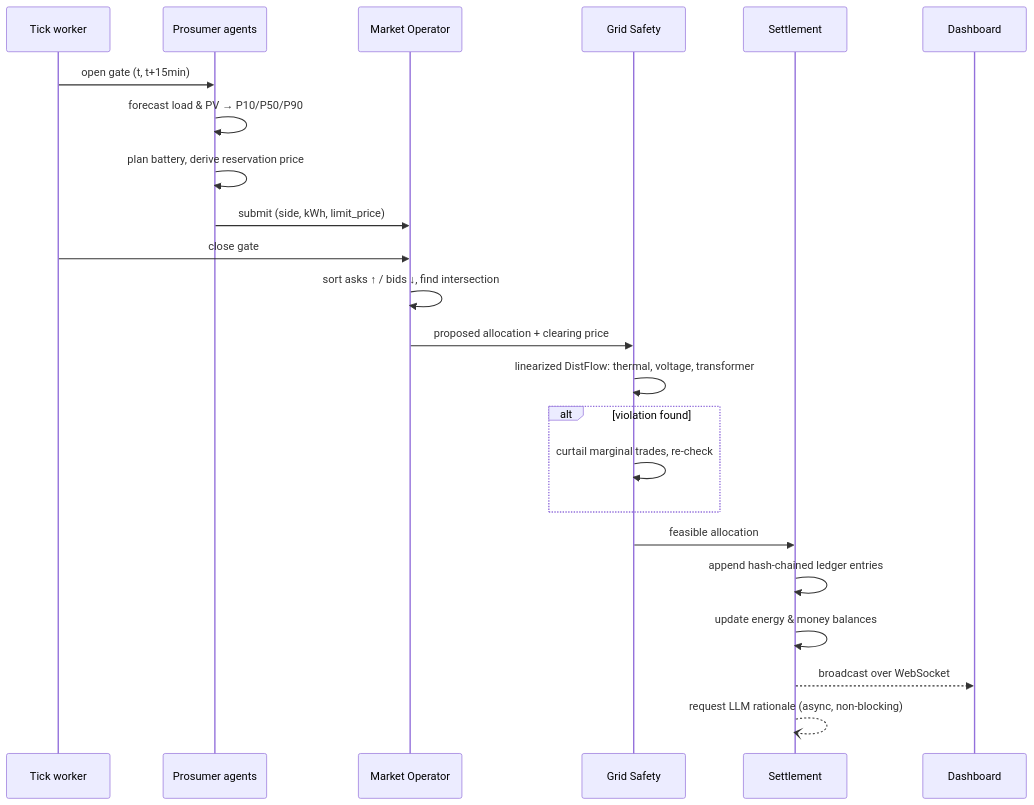
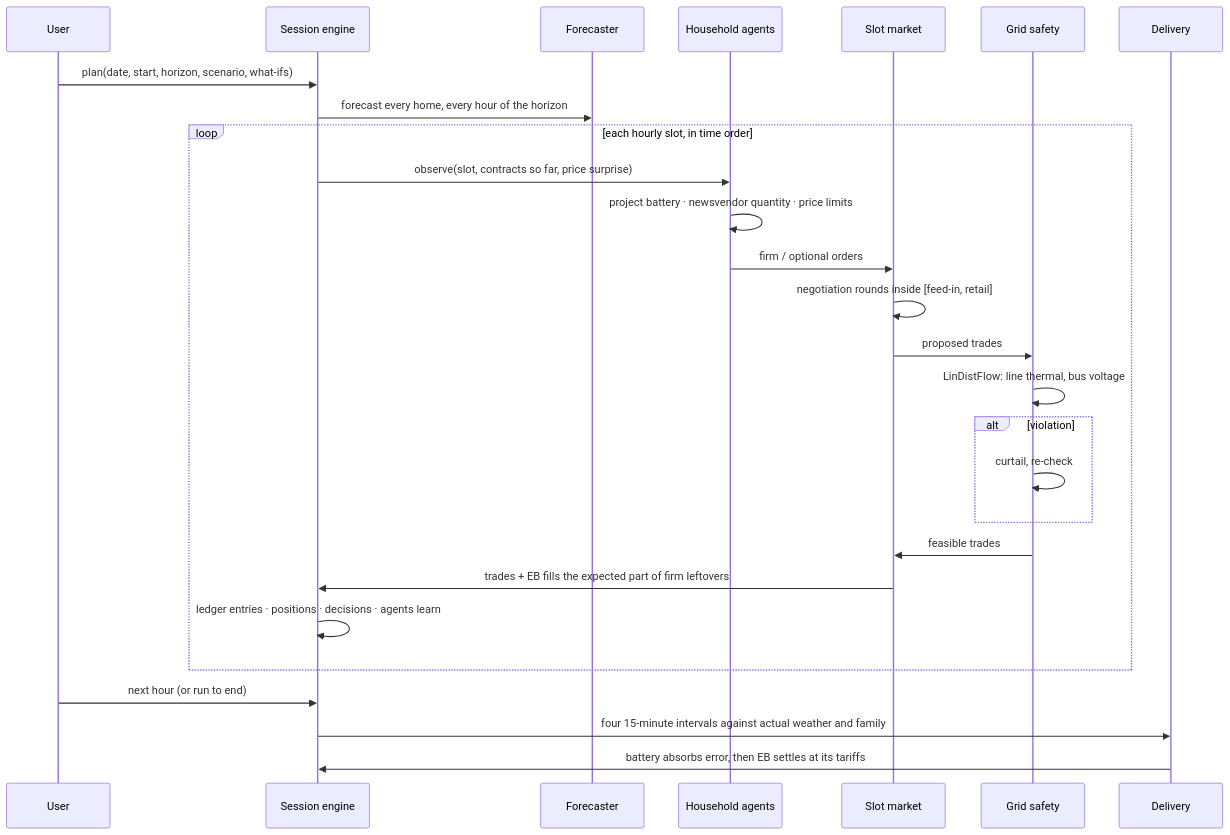
One commit to harish20044/Energy-Transfer changed the second of 2 diagrams in docs/architecture.md. Above: the diagram before and after it, drawn with Mermaid. The commit also changed other lines of this file and 7 other files, not shown here.

First line of the commit message:
docs: ADRs 0007-0011 and an architecture that matches the code

````diff
--- a/docs/architecture.md
+++ b/docs/architecture.md
@@ -66,26 +68,30 @@
 ```mermaid
 sequenceDiagram
-    participant W as Tick worker
-    participant A as Prosumer agents
-    participant M as Market Operator
-    participant G as Grid Safety
-    participant S as Settlement
-    participant D as Dashboard
+    participant U as User
+    participant E as Session engine
+    participant F as Forecaster
+    participant A as Household agents
+    participant M as Slot market
+    participant G as Grid safety
+    participant D as Delivery
 
-    W->>A: open gate (t, t+15min)
-    A->>A: forecast load & PV → P10/P50/P90
-    A->>A: plan battery, derive reservation price
-    A->>M: submit (side, kWh, limit_price)
-    W->>M: close gate
-    M->>M: sort asks ↑ / bids ↓, find intersection
-    M->>G: proposed allocation + clearing price
-    G->>G: linearized DistFlow: thermal, voltage, transformer
-    alt violation found
-        G->>G: curtail marginal trades, re-check
+    U->>E: plan(date, start, horizon, scenario, what-ifs)
+    E->>F: forecast every home, every hour of the horizon
+    loop each hourly slot, in time order
+        E->>A: observe(slot, contracts so far, price surprise)
+        A->>A: project battery · newsvendor quantity · price limits
+        A->>M: firm / optional orders
+        M->>M: negotiation rounds inside [feed-in, retail]
+        M->>G: proposed trades
+        G->>G: LinDistFlow: line thermal, bus voltage
+        alt violation
+            G->>G: curtail, re-check
+        end
+        G->>M: feasible trades
+        M->>E: trades + EB fills the expected part of firm leftovers
+        E->>E: ledger entries · positions · decisions · agents learn
     end
-    G->>S: feasible allocation
-    S->>S: append hash-chained ledger entries
-    S->>S: update energy & money balances
-    S-->>D: broadcast over WebSocket
-    S--)S: request LLM rationale (async, non-blocking)
+    U->>E: next hour (or run to end)
+    E->>D: four 15-minute intervals against actual weather and family
+    D->>E: battery absorbs error, then EB settles at its tariffs
 ```
````
